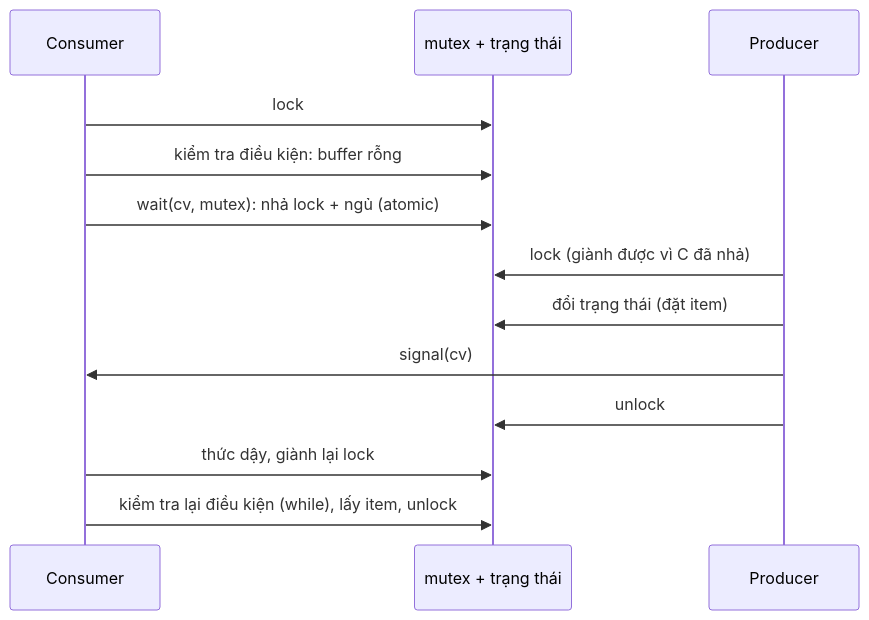
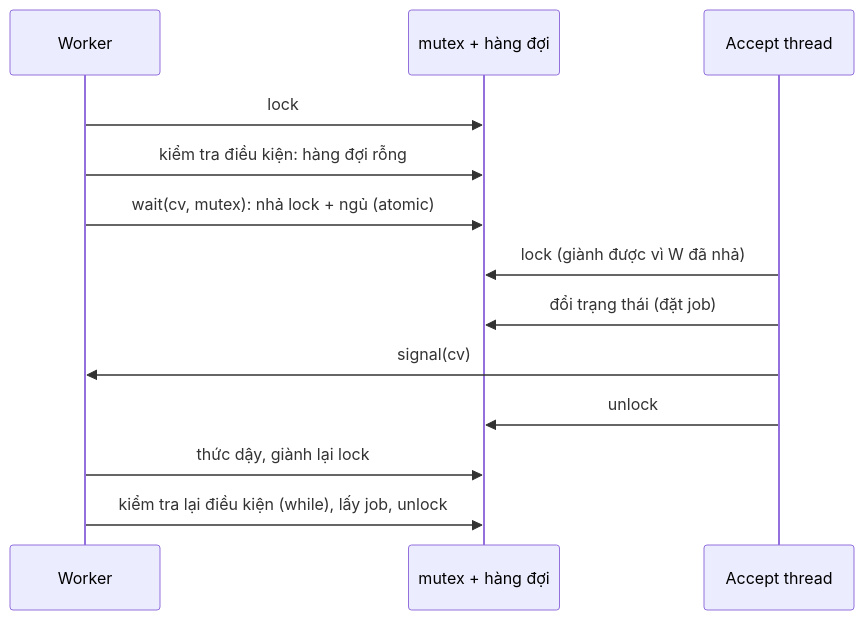
Before and after one commit to pirumu/irust: the diagram in docs/04-concurrency/04-condition-variable-va-semaphore.md, drawn with Mermaid. The commit also changed other lines of this file and 10 other files, not shown here.

````diff
--- a/docs/04-concurrency/04-condition-variable-va-semaphore.md
+++ b/docs/04-concurrency/04-condition-variable-va-semaphore.md
@@ -56,15 +66,15 @@
 ```mermaid
 sequenceDiagram
-  participant C as Consumer
-  participant M as mutex + trạng thái
-  participant P as Producer
-  C->>M: lock
-  C->>M: kiểm tra điều kiện: buffer rỗng
-  C->>M: wait(cv, mutex): nhả lock + ngủ (atomic)
-  P->>M: lock (giành được vì C đã nhả)
-  P->>M: đổi trạng thái (đặt item)
-  P->>C: signal(cv)
-  P->>M: unlock
-  C->>M: thức dậy, giành lại lock
-  C->>M: kiểm tra lại điều kiện (while), lấy item, unlock
+  participant W as Worker
+  participant M as mutex + hàng đợi
+  participant A as Accept thread
+  W->>M: lock
+  W->>M: kiểm tra điều kiện: hàng đợi rỗng
+  W->>M: wait(cv, mutex): nhả lock + ngủ (atomic)
+  A->>M: lock (giành được vì W đã nhả)
+  A->>M: đổi trạng thái (đặt job)
+  A->>W: signal(cv)
+  A->>M: unlock
+  W->>M: thức dậy, giành lại lock
+  W->>M: kiểm tra lại điều kiện (while), lấy job, unlock
 ```
````
